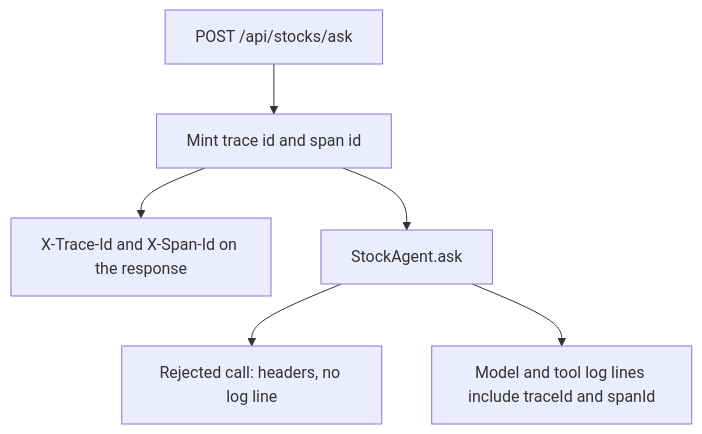
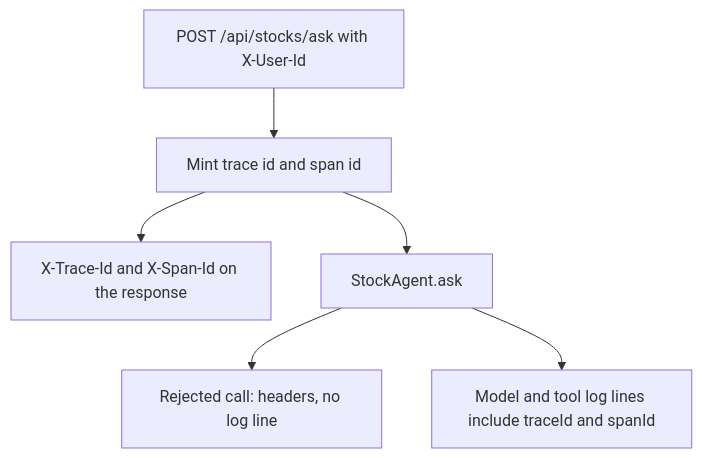
One commit to tufangorel/spring-boot-ai-stock-mcp changed the ninth of 11 diagrams in README.md. Above: the diagram before and after it, drawn with Mermaid. The commit also changed other lines of this file and 13 other files, not shown here.

````diff
--- a/README.md
+++ b/README.md
@@ -715,8 +728,8 @@
 ```mermaid
 flowchart TD
-    Post["POST /api/stocks/ask"] --> Ids["Mint trace id and span id"]
+    Post["POST /api/stocks/ask with X-User-Id"] --> Ids["Mint trace id and span id"]
     Ids --> Headers["X-Trace-Id and X-Span-Id on the response"]
     Ids --> Ask["StockAgent.ask"]
     Ask --> Rejected["Rejected call: headers, no log line"]
     Ask --> Logs["Model and tool log lines include traceId and spanId"]
 ```
````
